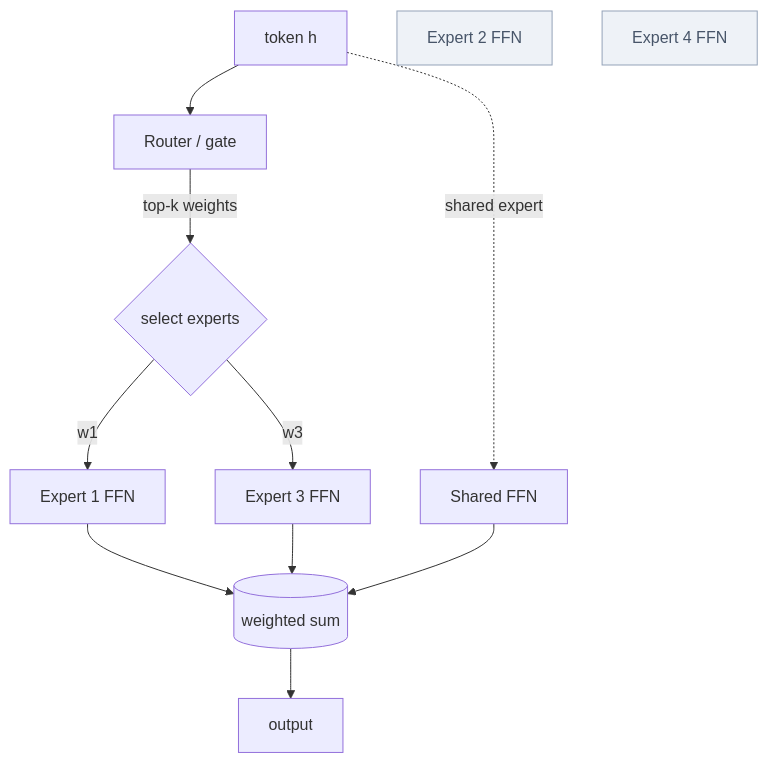
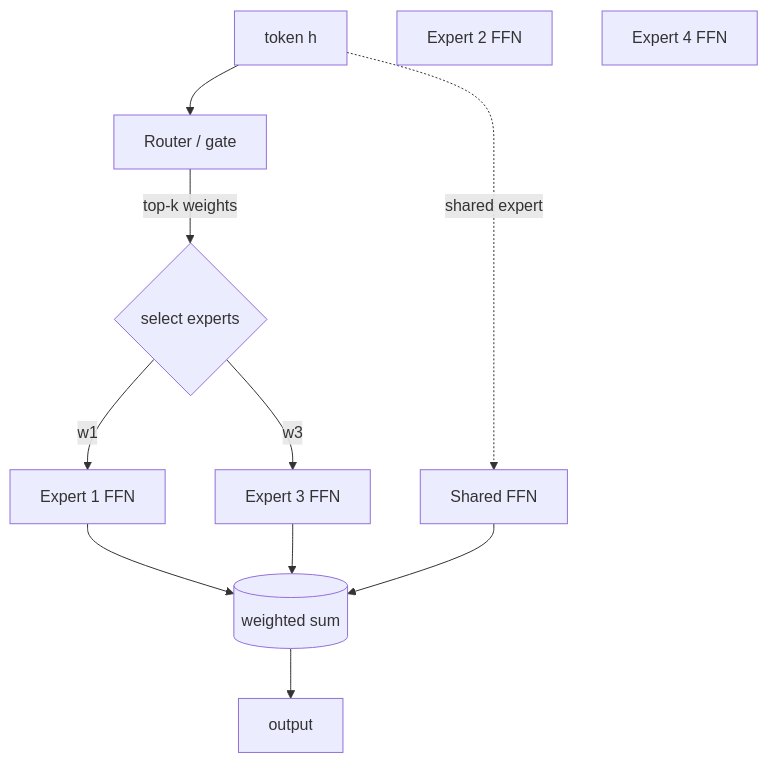
One commit to youyun8/deep-kernel-handbook changed the diagram in docs/moe/index.md. Above: the diagram before and after it, drawn with Mermaid. The commit also changed 9 other files, not shown here.

Commit message:
docs: theme Mermaid diagrams via CSS instead of baked classDef colors

````diff
--- a/docs/moe/index.md
+++ b/docs/moe/index.md
@@ -21,14 +21,13 @@
 ```mermaid
 flowchart TD
     x[token h] --> R[Router / gate]
     R -->|top-k weights| G{select experts}
     G -->|w1| E1[Expert 1 FFN]
     G -->|w3| E3[Expert 3 FFN]
     E1 --> S[(weighted sum)]
     E3 --> S
     x -.shared expert.-> Esh[Shared FFN] --> S
     S --> y[output]
     E2[Expert 2 FFN]:::idle
     E4[Expert 4 FFN]:::idle
-    classDef idle fill:#eef2f7,stroke:#94a3b8,color:#475569;
 ```
````
